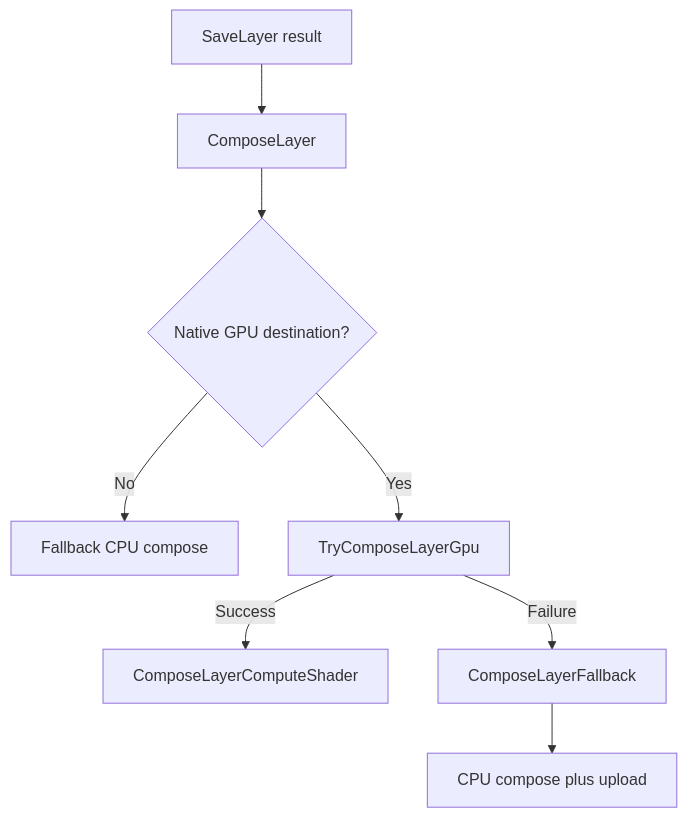
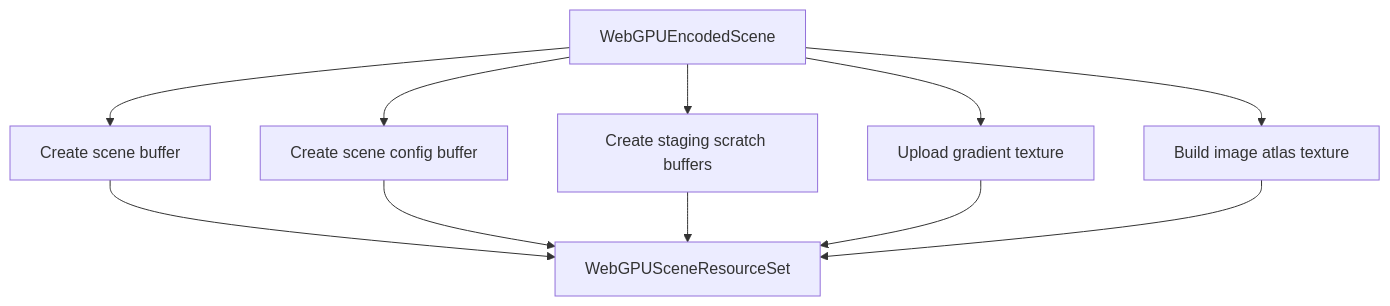
Before and after one commit to SixLabors/ImageSharp.Drawing: the third of 6 diagrams in src/ImageSharp.Drawing.WebGPU/WEBGPU_BACKEND_PROCESS.md, drawn with Mermaid. The commit also changed other lines of this file and 35 other files, not shown here.

Commit message:
Add docs and helpers for WebGPU shaders & backend

````diff
--- a/src/ImageSharp.Drawing.WebGPU/WEBGPU_BACKEND_PROCESS.md
+++ b/src/ImageSharp.Drawing.WebGPU/WEBGPU_BACKEND_PROCESS.md
@@ -51,10 +150,13 @@
 ```mermaid
 flowchart TD
-    A[SaveLayer result] --> B[ComposeLayer]
-    B --> C{Native GPU destination?}
-    C -->|No| D[Fallback CPU compose]
-    C -->|Yes| E[TryComposeLayerGpu]
-    E -->|Success| F[ComposeLayerComputeShader]
-    E -->|Failure| G[ComposeLayerFallback]
-    G --> H[CPU compose plus upload]
+    A[WebGPUEncodedScene] --> B[Create scene buffer]
+    A --> C[Create scene config buffer]
+    A --> D[Create staging scratch buffers]
+    A --> E[Upload gradient texture]
+    A --> F[Build image atlas texture]
+    B --> G[WebGPUSceneResourceSet]
+    C --> G
+    D --> G
+    E --> G
+    F --> G
 ```
````
